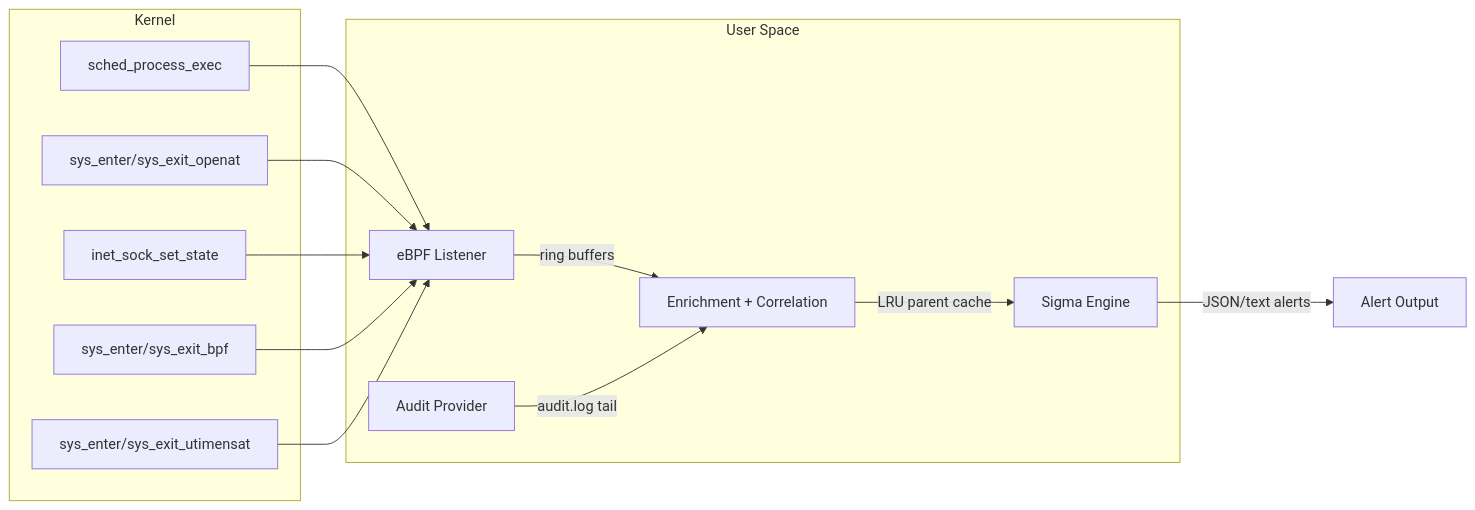
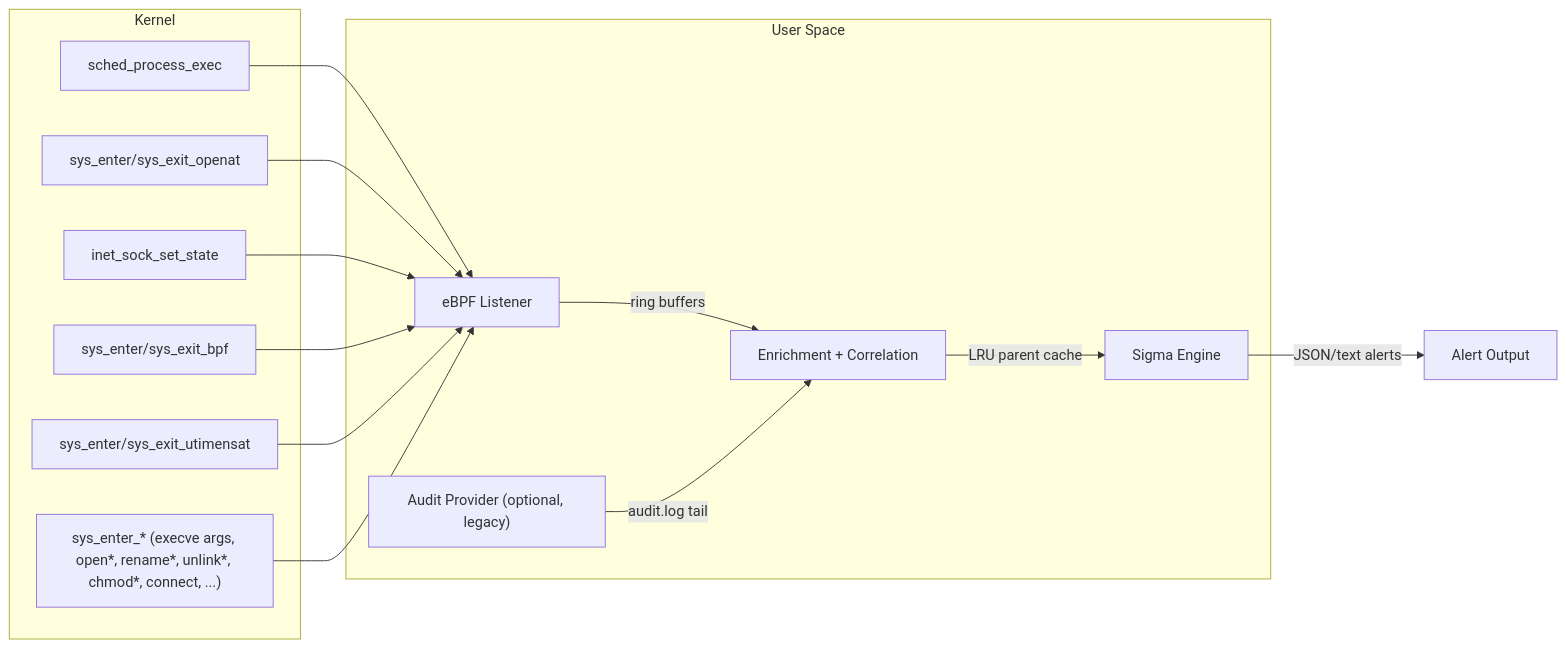
One commit to Nextron-Labs/aurora-linux changed the diagram in README.md. Above: the diagram before and after it, drawn with Mermaid. The commit also changed other lines of this file and 78 other files, not shown here.

````diff
--- a/README.md
+++ b/README.md
@@ -9,27 +9,29 @@
 ```mermaid
 flowchart LR
   subgraph KERNEL["Kernel"]
     E1["sched_process_exec"]
     E2["sys_enter/sys_exit_openat"]
     E3["inet_sock_set_state"]
     E4["sys_enter/sys_exit_bpf"]
     E5["sys_enter/sys_exit_utimensat"]
+    E6["sys_enter_* (execve args, open*, rename*, unlink*, chmod*, connect, ...)"]
   end
 
   subgraph USER["User Space"]
     L["eBPF Listener"]
-    AU["Audit Provider"]
+    AU["Audit Provider (optional, legacy)"]
     C["Enrichment + Correlation"]
     S["Sigma Engine"]
   end
 
   E1 --> L
   E2 --> L
   E3 --> L
   E4 --> L
   E5 --> L
+  E6 --> L
   L -->|ring buffers| C
   AU -->|audit.log tail| C
   C -->|LRU parent cache| S
   S -->|JSON/text alerts| A["Alert Output"]
 ```
````
